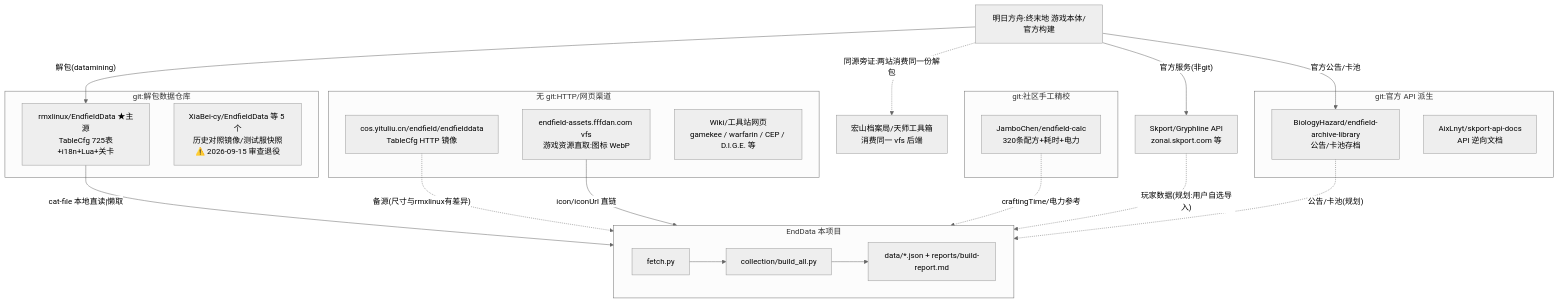
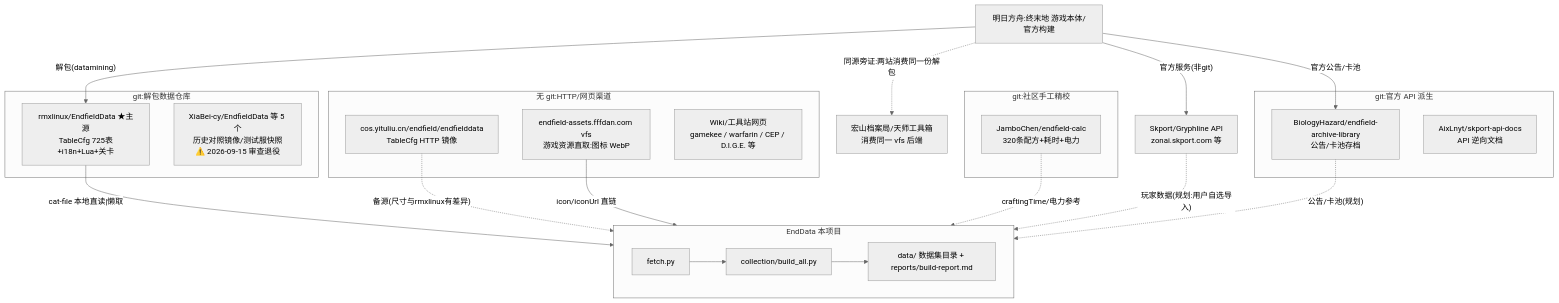
The diagram in docs/data-lineage.md (0x00-pl/enddata), drawn with Mermaid (neutral theme) before and after one commit. The commit also changed 15 other files, not shown here.

First line of the commit message:
refactor(collection): 数据集目录化输出(每条一个 <id>.json + index.json)

````diff
--- a/docs/data-lineage.md
+++ b/docs/data-lineage.md
@@ -23,41 +23,41 @@
 ```mermaid
 graph TD
     GAME[明日方舟:终末地 游戏本体/官方构建]
 
     GAME -->|"解包(datamining)"| RMX
     GAME -->|"官方服务(非git)"| SKPORT[Skport/Gryphline API<br>zonai.skport.com 等]
     GAME -->|"官方公告/卡池"| BHAZ
 
     subgraph GIT1[git:解包数据仓库]
         RMX[rmxlinux/EndfieldData ★主源<br>TableCfg 725表+i18n+Lua+关卡]
         XIABEI[XiaBei-cy/EndfieldData 等 5 个<br>历史对照镜像/测试服快照<br>⚠️ 2026-09-15 审查退役]
     end
 
     subgraph GIT2[git:官方 API 派生]
         SKPORTDOC[AixLnyt/skport-api-docs<br>API 逆向文档]
         BHAZ[BiologyHazard/endfield-archive-library<br>公告/卡池存档]
     end
 
     subgraph GIT3[git:社区手工精校]
         CALC[JamboChen/endfield-calc<br>320条配方+耗时+电力]
     end
 
     subgraph NOWEB[无 git:HTTP/网页渠道]
         FFFDAN_VFS[endfield-assets.fffdan.com vfs<br>游戏资源直取:图标 WebP]
         YITULIU_COS[cos.yituliu.cn/endfield/endfielddata<br>TableCfg HTTP 镜像]
         WIKIS[Wiki/工具站网页<br>gamekee / warfarin / CEP / D.I.G.E. 等]
     end
 
     RMX -->|"cat-file 本地直读|懒取"| ENDDATA
     YITULIU_COS -.->|"备源(尺寸与rmxlinux有差异)"| ENDDATA
     FFFDAN_VFS -->|"icon/iconUrl 直链"| ENDDATA
     CALC -.->|"craftingTime/电力参考"| ENDDATA
     SKPORT -.->|"玩家数据(规划:用户自选导入)"| ENDDATA
     BHAZ -.->|"公告/卡池(规划)"| ENDDATA
 
     subgraph ENDDATA[EndData 本项目]
-        FETCH[fetch.py] --> BUILD[collection/build_all.py] --> SITE[data/*.json + reports/build-report.md]
+        FETCH[fetch.py] --> BUILD[collection/build_all.py] --> SITE[data/ 数据集目录 + reports/build-report.md]
     end
 
     GAME -.->|"同源旁证:两站消费同一份解包"| FFFDAN_SPA[宏山档案局/天师工具箱<br>消费同一 vfs 后端]
 ```
````
